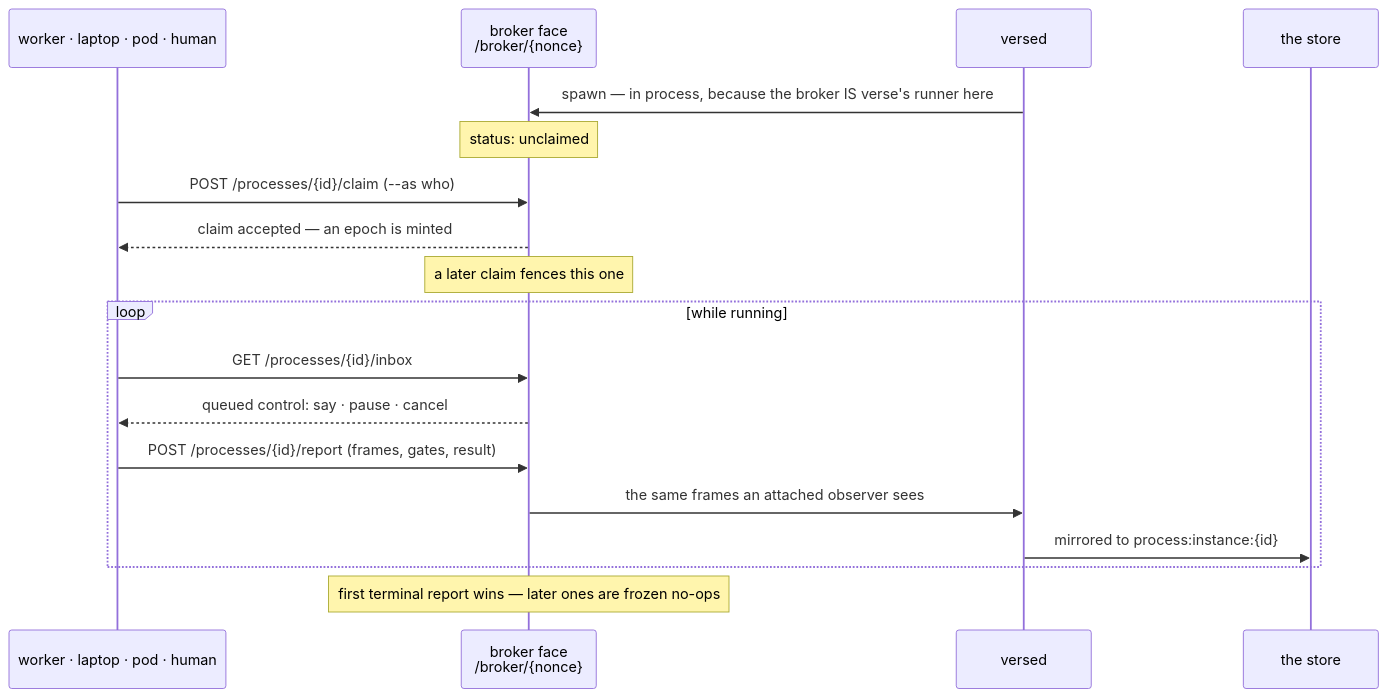
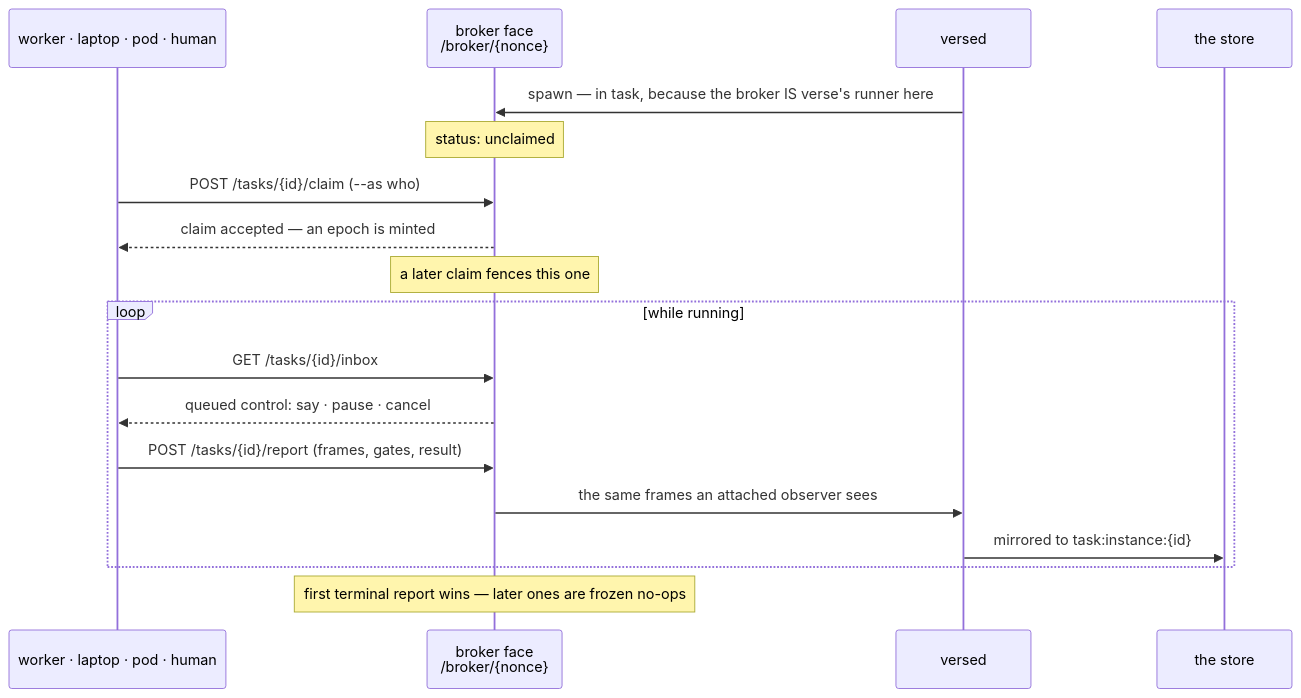
The third of 4 diagrams in docs/seams.md (signadot/viff), drawn with Mermaid before and after one commit. The commit also changed other lines of this file and 308 other files, not shown here.

````diff
--- a/docs/seams.md
+++ b/docs/seams.md
@@ -195,21 +195,21 @@
 ```mermaid
 sequenceDiagram
   participant W as worker · laptop · pod · human
   participant B as broker face<br/>/broker/{nonce}
   participant V as versed
   participant S as the store
 
-  V->>B: spawn — in process, because the broker IS verse's runner here
+  V->>B: spawn — in task, because the broker IS verse's runner here
   Note over B: status: unclaimed
-  W->>B: POST /processes/{id}/claim  (--as who)
+  W->>B: POST /tasks/{id}/claim  (--as who)
   B-->>W: claim accepted — an epoch is minted
   Note over B: a later claim fences this one
   loop while running
-    W->>B: GET /processes/{id}/inbox
+    W->>B: GET /tasks/{id}/inbox
     B-->>W: queued control: say · pause · cancel
-    W->>B: POST /processes/{id}/report (frames, gates, result)
+    W->>B: POST /tasks/{id}/report (frames, gates, result)
     B->>V: the same frames an attached observer sees
-    V->>S: mirrored to process:instance:{id}
+    V->>S: mirrored to task:instance:{id}
   end
   Note over B: first terminal report wins — later ones are frozen no-ops
 ```
````
